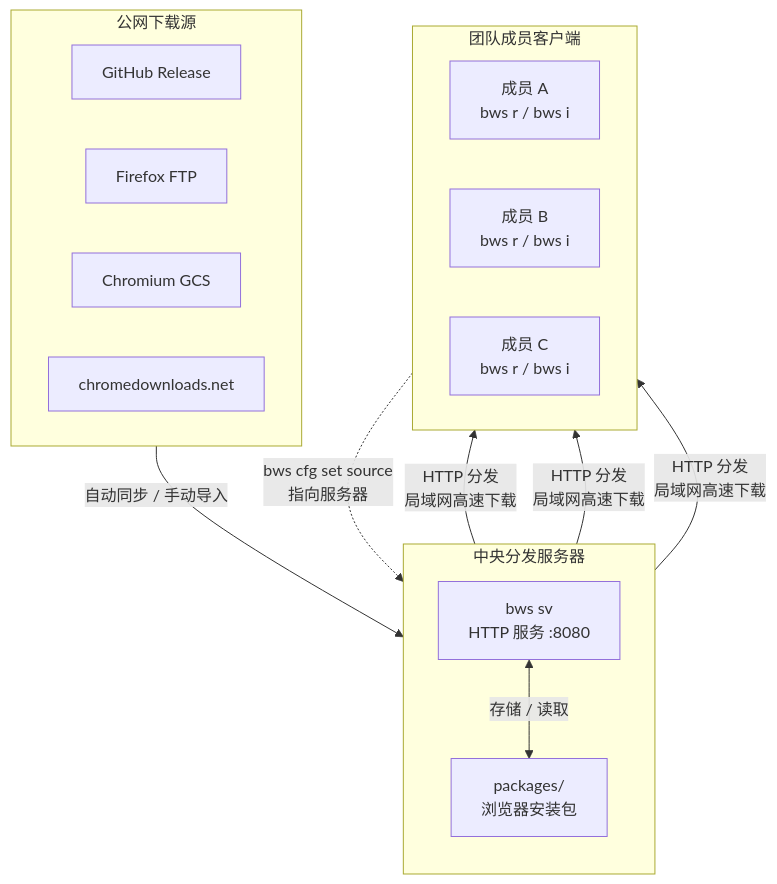
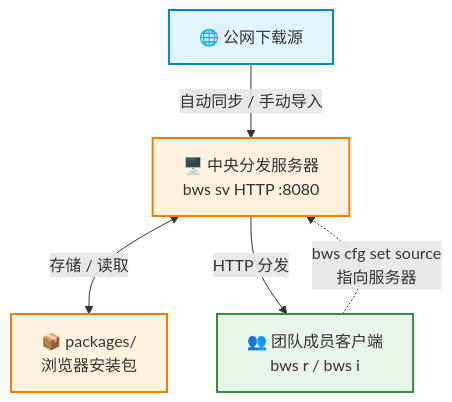
One commit to hyjiacan/browser-workshop changed the diagram in docs/guide/team-deploy.md. Above: the diagram before and after it, drawn with Mermaid. The commit also changed 6 other files, not shown here.

First line of the commit message:
feat: Mermaid 图表改用 CDN 方案，命令参考补全所有别名

````diff
--- a/docs/guide/team-deploy.md
+++ b/docs/guide/team-deploy.md
@@ -7,31 +7,14 @@
 ```mermaid
-flowchart TB
-    subgraph Public["公网下载源"]
-        direction LR
-        GH["GitHub Release"]
-        FTP["Firefox FTP"]
-        GCS["Chromium GCS"]
-        CDN["chromedownloads.net"]
-    end
+graph TD
+    A["🌐 公网下载源"] -->|"自动同步 / 手动导入"| B["🖥️ 中央分发服务器<br/>bws sv HTTP :8080"]
+    B <-->|"存储 / 读取"| C["📦 packages/<br/>浏览器安装包"]
+    B -->|"HTTP 分发"| D["👥 团队成员客户端<br/>bws r / bws i"]
+    D -.->|"bws cfg set source<br/>指向服务器"| B
 
-    subgraph Server["中央分发服务器"]
-        direction TB
-        BSV["bws sv<br/>HTTP 服务 :8080"]
-        PKG["packages/<br/>浏览器安装包"]
-    end
-
-    subgraph Clients["团队成员客户端"]
-        direction LR
-        C1["成员 A<br/>bws r / bws i"]
-        C2["成员 B<br/>bws r / bws i"]
-        C3["成员 C<br/>bws r / bws i"]
-    end
-
-    Public -->|"自动同步 / 手动导入"| BSV
-    BSV <-->|"存储 / 读取"| PKG
-    BSV -->|"HTTP 分发<br/>局域网高速下载"| C1
-    BSV -->|"HTTP 分发<br/>局域网高速下载"| C2
-    BSV -->|"HTTP 分发<br/>局域网高速下载"| C3
-
-    C1 -.->|"bws cfg set source<br/>指向服务器"| BSV
+    classDef source fill:#e1f5fe,stroke:#0288d1,stroke-width:2px
+    classDef server fill:#fff3e0,stroke:#f57c00,stroke-width:2px
+    classDef client fill:#e8f5e9,stroke:#388e3c,stroke-width:2px
+    class A source
+    class B,C server
+    class D client
 ```
````
